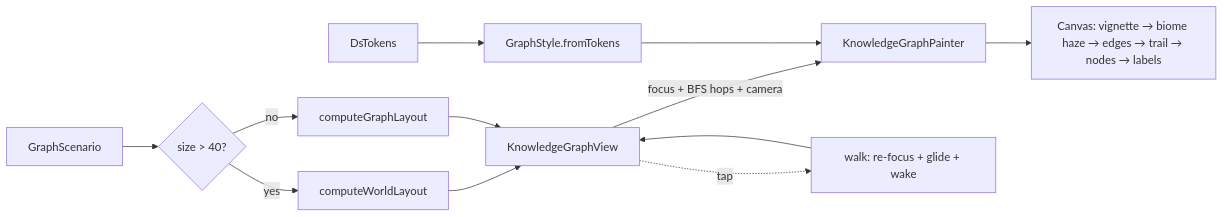
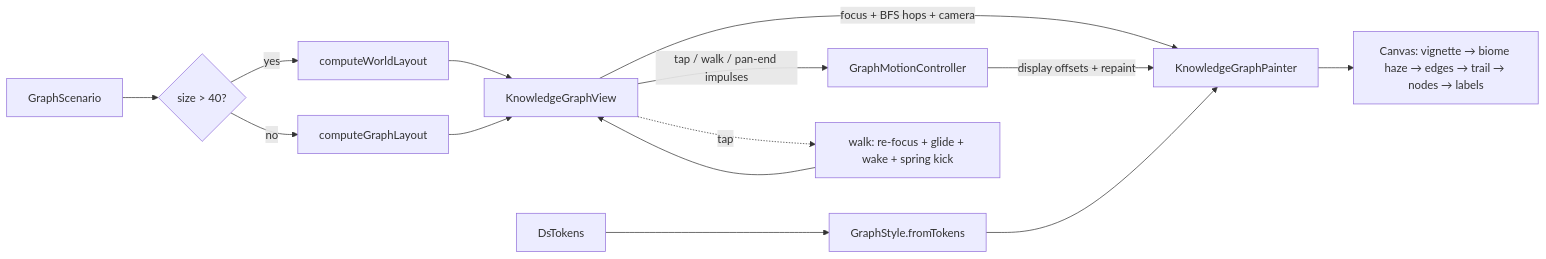
Before and after one commit to matthiasn/lotti: the diagram in lib/features/knowledge_graph_poc/README.md, drawn with Mermaid. The commit also changed other lines of this file and 9 other files, not shown here.

Commit message:
feat: add knowledge graph node physics

````diff
--- a/lib/features/knowledge_graph_poc/README.md
+++ b/lib/features/knowledge_graph_poc/README.md
@@ -68,13 +77,15 @@
 ```mermaid
 flowchart LR
   S[GraphScenario] --> L{size > 40?}
   L -- yes --> W[computeWorldLayout]
   L -- no --> E[computeGraphLayout]
   W --> V[KnowledgeGraphView]
   E --> V
   T[DsTokens] --> Y[GraphStyle.fromTokens]
   V -->|focus + BFS hops + camera| PA[KnowledgeGraphPainter]
+  V -->|tap / walk / pan-end impulses| M[GraphMotionController]
+  M -->|display offsets + repaint| PA
   Y --> PA
   PA --> O["Canvas: vignette → biome haze → edges → trail → nodes → labels"]
-  V -.->|tap| WK[walk: re-focus + glide + wake] --> V
+  V -.->|tap| WK[walk: re-focus + glide + wake + spring kick] --> V
 ```
````
